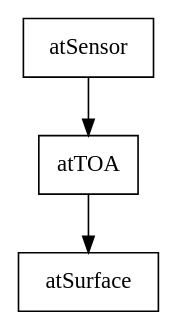
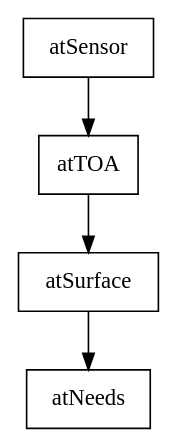
Before and after one commit to bwtian/TIR: the diagram in paper/TIR.org, drawn with Graphviz. The commit also changed other lines of this file and 1 other file, not shown here.

Commit message:
- ‘paper/.#TIR.org’ / ‘paper/TIR.org’

```diff
--- a/paper/TIR.org
+++ b/paper/TIR.org
@@ -6,10 +6,11 @@
 #+BEGIN_SRC dot :file ./Figures/TIRWorkflow.png 
-digraph {
-node [shape = box]
-L0 [label = "atSensor"]
-L1 [label = "atTOA"]
-L2 [label = "atSurface"]
-L0 -> L1 -> L2
+  digraph {
+  node [shape = box]
+  L0 [label = "atSensor"]
+  L1 [label = "atTOA"]
+  L2 [label = "atSurface"]
+  L3 [label = "atNeeds"]
+  L0 -> L1 -> L2 -> L3
 
-}
+  }
 #+END_SRC
```
